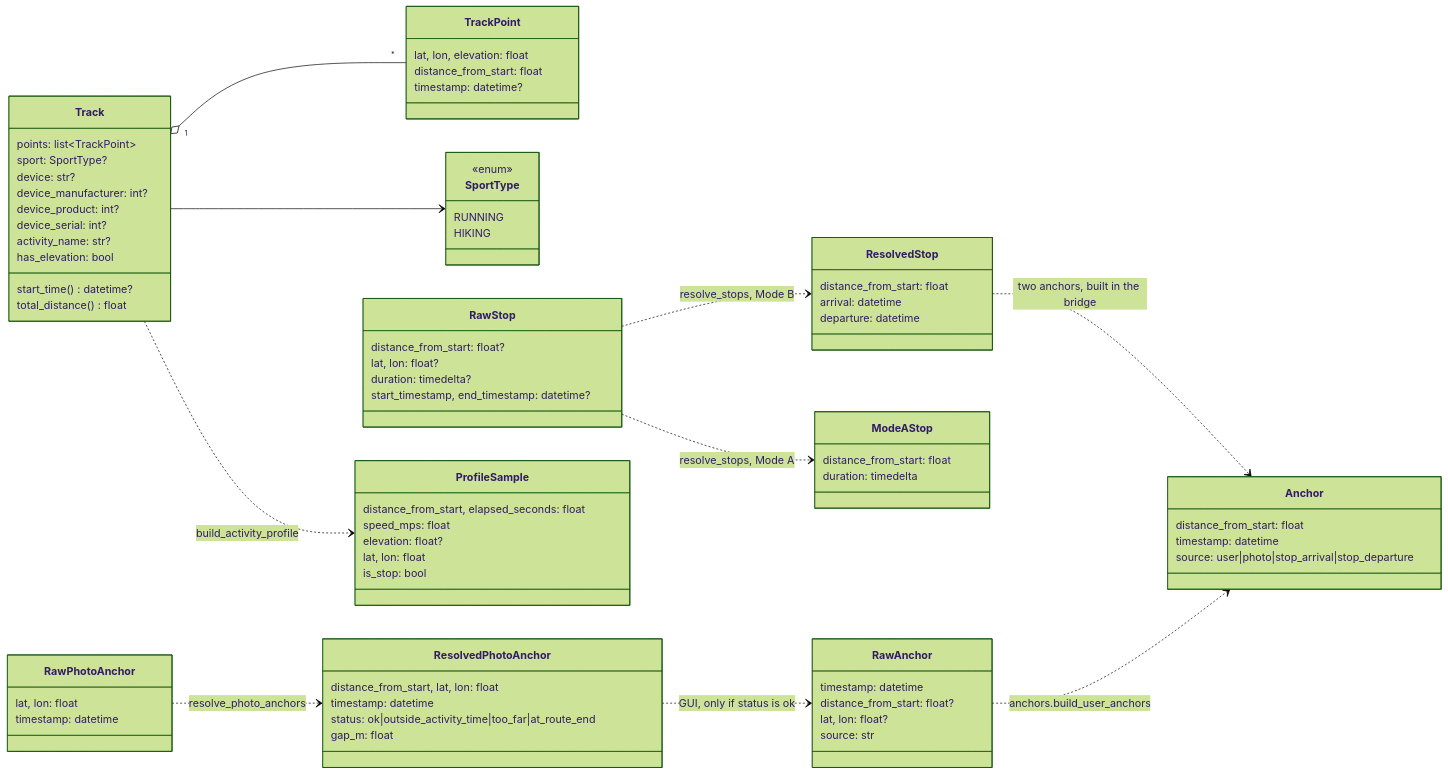
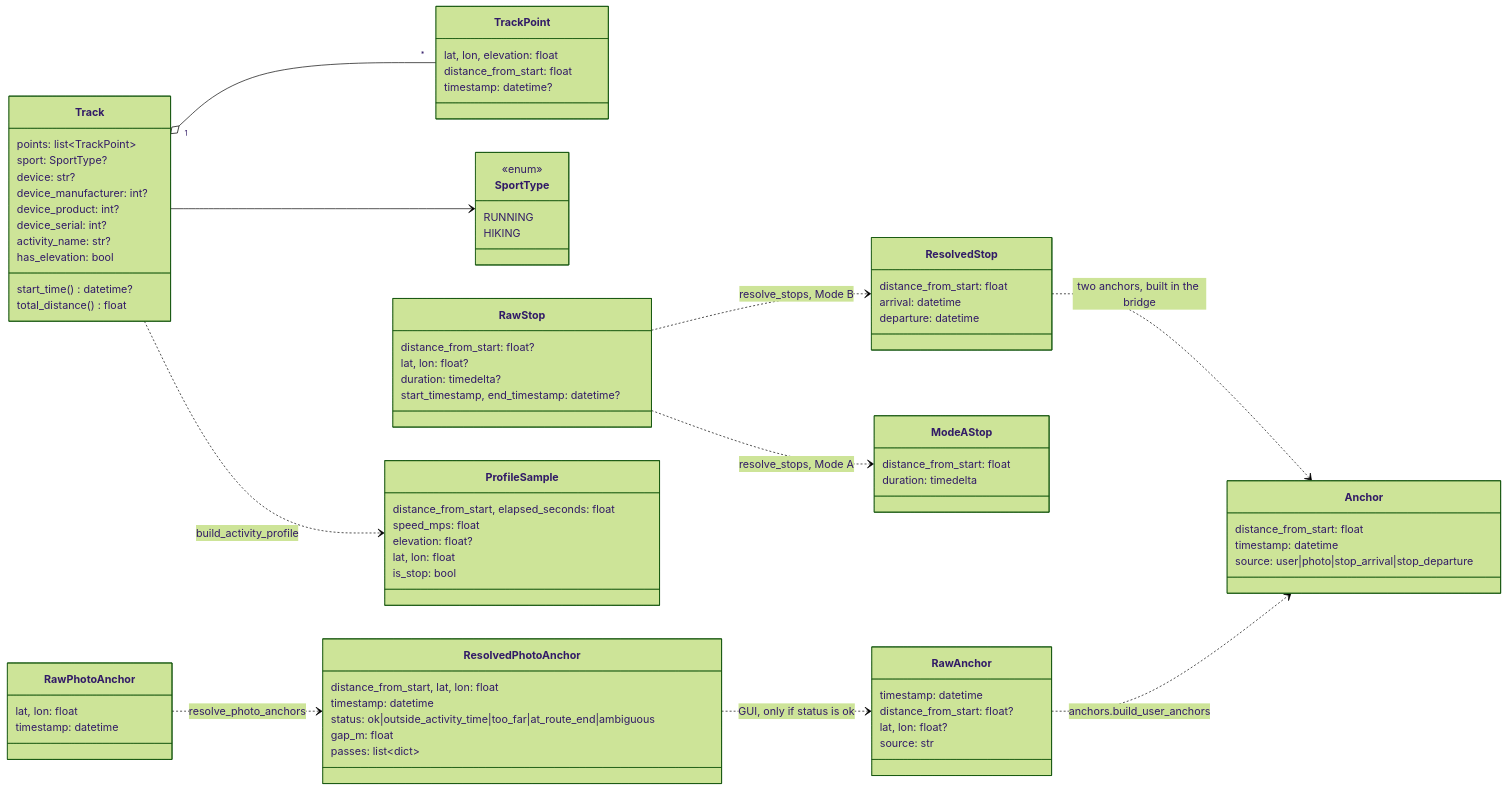
One commit to martin-iflap/GPX_to_FIT changed the second of 16 diagrams in docs/ARCHITECTURE.md. Above: the diagram before and after it, drawn with Mermaid (forest theme). The commit also changed other lines of this file and 16 other files, not shown here.

````diff
--- a/docs/ARCHITECTURE.md
+++ b/docs/ARCHITECTURE.md
@@ -132,79 +132,80 @@
 ```mermaid
 classDiagram
   direction LR
   class Track {
     points: list~TrackPoint~
     sport: SportType?
     device: str?
     device_manufacturer: int?
     device_product: int?
     device_serial: int?
     activity_name: str?
     has_elevation: bool
     start_time() datetime?
     total_distance() float
   }
   class TrackPoint {
     lat, lon, elevation: float
     distance_from_start: float
     timestamp: datetime?
   }
   class SportType {
     <<enum>>
     RUNNING
     HIKING
   }
   class Anchor {
     distance_from_start: float
     timestamp: datetime
     source: user|photo|stop_arrival|stop_departure
   }
   class RawAnchor {
     timestamp: datetime
     distance_from_start: float?
     lat, lon: float?
     source: str
   }
   class RawStop {
     distance_from_start: float?
     lat, lon: float?
     duration: timedelta?
     start_timestamp, end_timestamp: datetime?
   }
   class ResolvedStop {
     distance_from_start: float
     arrival: datetime
     departure: datetime
   }
   class ModeAStop {
     distance_from_start: float
     duration: timedelta
   }
   class RawPhotoAnchor {
     lat, lon: float
     timestamp: datetime
   }
   class ResolvedPhotoAnchor {
     distance_from_start, lat, lon: float
     timestamp: datetime
-    status: ok|outside_activity_time|too_far|at_route_end
+    status: ok|outside_activity_time|too_far|at_route_end|ambiguous
     gap_m: float
+    passes: list~dict~
   }
   class ProfileSample {
     distance_from_start, elapsed_seconds: float
     speed_mps: float
     elevation: float?
     lat, lon: float
     is_stop: bool
   }
 
   Track "1" o-- "*" TrackPoint
   Track --> SportType
   RawAnchor ..> Anchor : anchors.build_user_anchors
   RawStop ..> ResolvedStop : resolve_stops, Mode B
   RawStop ..> ModeAStop : resolve_stops, Mode A
   ResolvedStop ..> Anchor : two anchors, built in the bridge
   RawPhotoAnchor ..> ResolvedPhotoAnchor : resolve_photo_anchors
   ResolvedPhotoAnchor ..> RawAnchor : GUI, only if status is ok
   Track ..> ProfileSample : build_activity_profile
 ```
````
